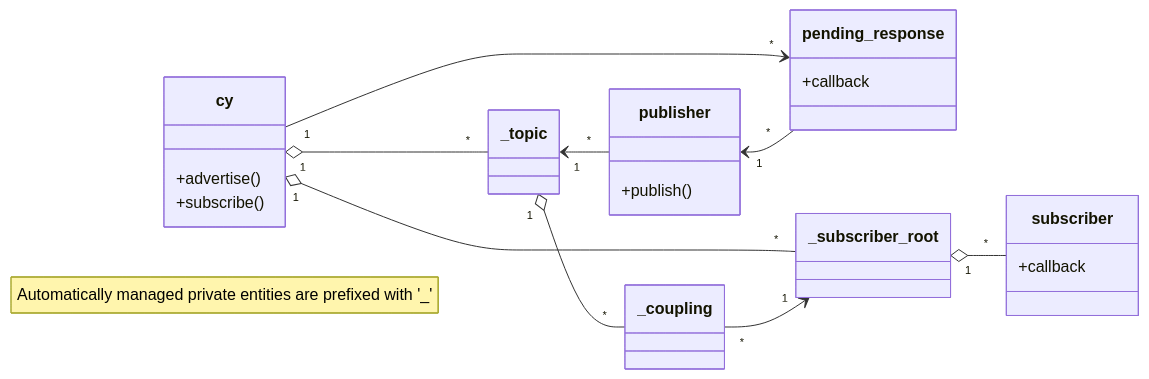
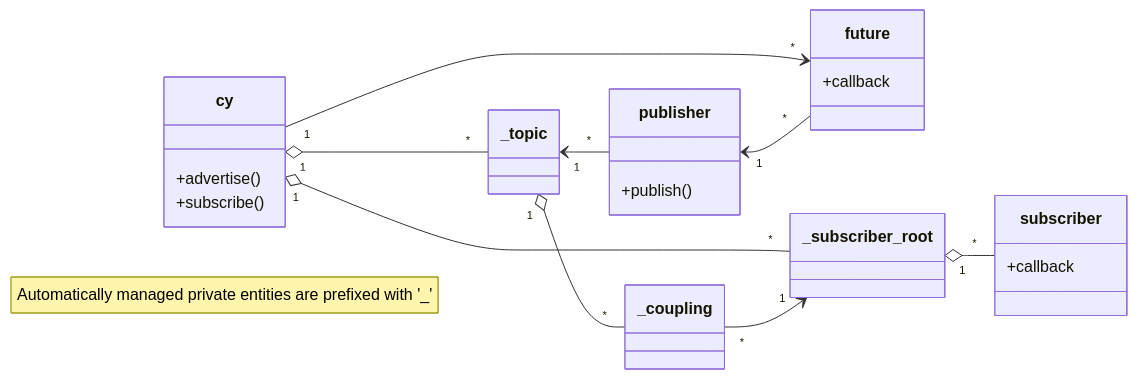
One commit to OpenCyphal-Garage/cy changed the diagram in README.md. Above: the diagram before and after it, drawn with Mermaid. The commit also changed 2 other files, not shown here.

Commit message:
do not create redundant couplings

````diff
--- a/README.md
+++ b/README.md
@@ -292,26 +292,26 @@
 ```mermaid
 classDiagram
 direction LR
     class cy {
         +advertise()
         +subscribe()
     }
     class publisher {
         +publish()
     }
     class subscriber {
         +callback
     }
-    class pending_response {
+    class future {
         +callback
     }
     cy "1" o-- "*" _topic
     cy "1" o-- "*" _subscriber_root
-    cy "1" --> "*" pending_response
+    cy "1" --> "*" future
     _topic "1" o-- "*" _coupling
     _topic "1" <-- "*" publisher
-    publisher "1" <-- "*" pending_response
+    publisher "1" <-- "*" future
     _coupling "*" --> "1" _subscriber_root
     _subscriber_root "1" o-- "*" subscriber
     note "Automatically managed private entities are prefixed with '_'"
 ```
````
